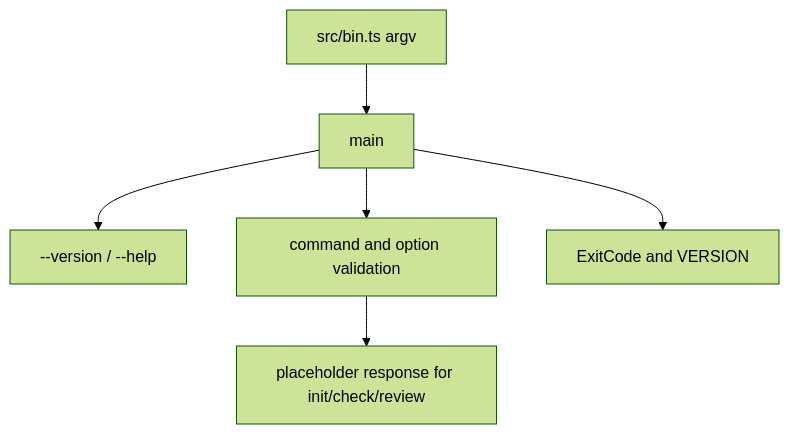
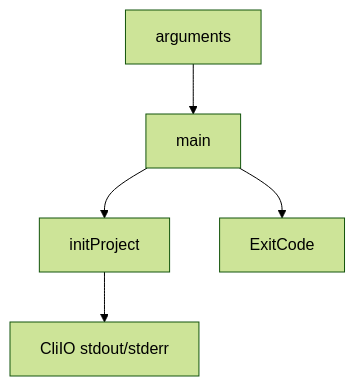
One commit to CodeLab614-AI/code-audit changed the diagram in docs/en/3-code/020-cli.md. Above: the diagram before and after it, drawn with Mermaid (forest theme). The commit also changed other lines of this file and 53 other files, not shown here.

Commit message:
feat(init): add init command with localized templates and gitignore entries

````diff
--- a/docs/en/3-code/020-cli.md
+++ b/docs/en/3-code/020-cli.md
@@ -52,8 +27,7 @@
 ```mermaid
 flowchart TD
-    A["src/bin.ts argv"] --> B["main"]
-    B --> C["--version / --help"]
-    B --> D["command and option validation"]
-    D --> E["placeholder response for init/check/review"]
-    B --> F["ExitCode and VERSION"]
+    args["arguments"] --> main["main"]
+    main --> init["initProject"]
+    init --> output["CliIO stdout/stderr"]
+    main --> codes["ExitCode"]
 ```
````
